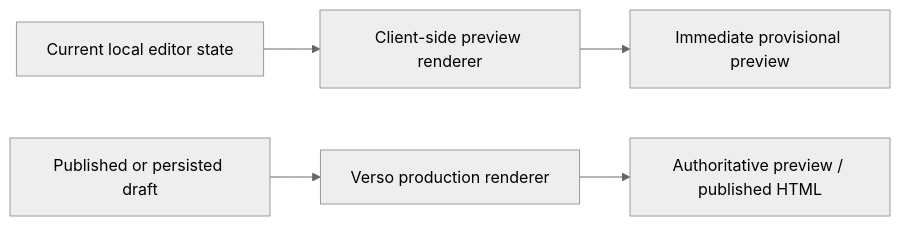
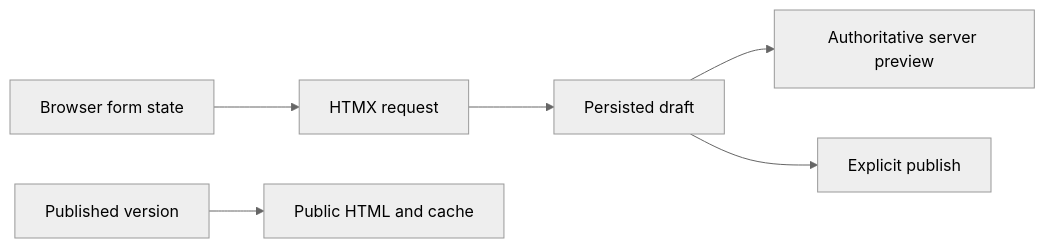
The second of 2 diagrams in docs/design/editor.md (Natoandro/verso), drawn with Mermaid (neutral theme) before and after one commit. The commit also changed other lines of this file and 62 other files, not shown here.

Commit message:
refactor(editor): adopt server-rendered HTMX architecture

````diff
--- a/docs/design/editor.md
+++ b/docs/design/editor.md
@@ -140,7 +120,8 @@
 ```mermaid
 flowchart LR
-    local["Current local editor state"] --> client["Client-side preview renderer"]
-    persisted["Published or persisted draft"] --> server["Verso production renderer"]
-    client --> immediate["Immediate provisional preview"]
-    server --> authoritative["Authoritative preview / published HTML"]
+    form["Browser form state"] --> request["HTMX request"]
+    request --> draft["Persisted draft"]
+    draft --> preview["Authoritative server preview"]
+    draft --> publish["Explicit publish"]
+    published["Published version"] --> public["Public HTML and cache"]
 ```
````
